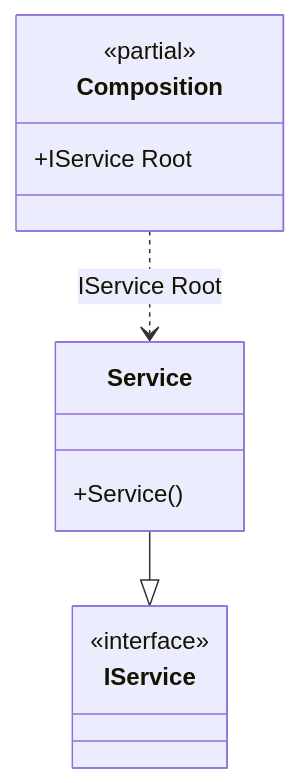
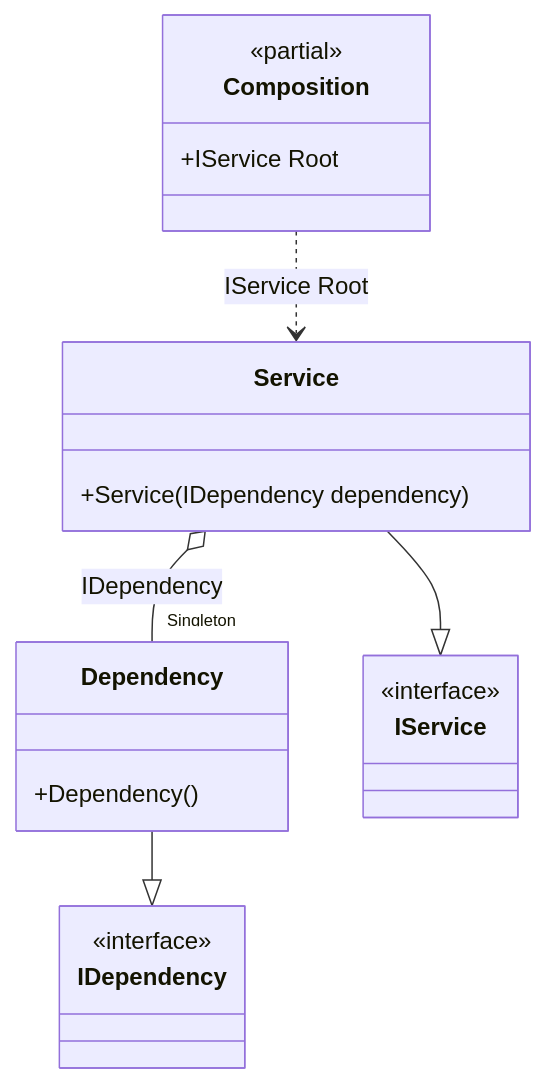
The diagram in readme/root-binding.md (DevTeam/Pure.DI), drawn with Mermaid before and after one commit. The commit also changed other lines of this file and 50 other files, not shown here.

````diff
--- a/readme/root-binding.md
+++ b/readme/root-binding.md
@@ -50,15 +69,23 @@
 ```mermaid
 classDiagram
 	class Composition {
 		<<partial>>
 		+IService Root
 	}
+	Dependency --|> IDependency
+	class Dependency {
+		+Dependency()
+	}
 	Service --|> IService
 	class Service {
-		+Service()
+		+Service(IDependency dependency)
+	}
+	class IDependency {
+		<<interface>>
 	}
 	class IService {
 		<<interface>>
 	}
+	Service o-- "Singleton" Dependency : IDependency
 	Composition ..> Service : IService Root
 ```
````
